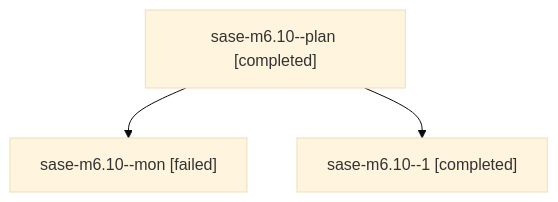
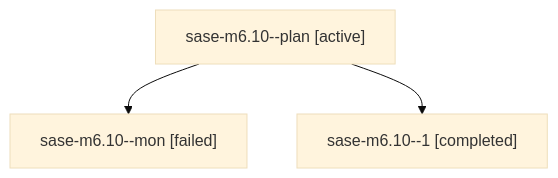
One commit to sase-org/sase--agents changed the diagram in families/bbugyi200.athena.sase-m6.10.md. Above: the diagram before and after it, drawn with Mermaid (base theme). The commit also changed other lines of this file and 35830 other files, not shown here.

````diff
--- a/families/bbugyi200.athena.sase-m6.10.md
+++ b/families/bbugyi200.athena.sase-m6.10.md
@@ -9,8 +9,8 @@
 ```mermaid
 flowchart TD
-  n0["sase-m6.10--plan [completed]"]
+  n0["sase-m6.10--plan [active]"]
   n1["sase-m6.10--mon [failed]"]
   n0 --> n1
   n2["sase-m6.10--1 [completed]"]
   n0 --> n2
 ```
````
